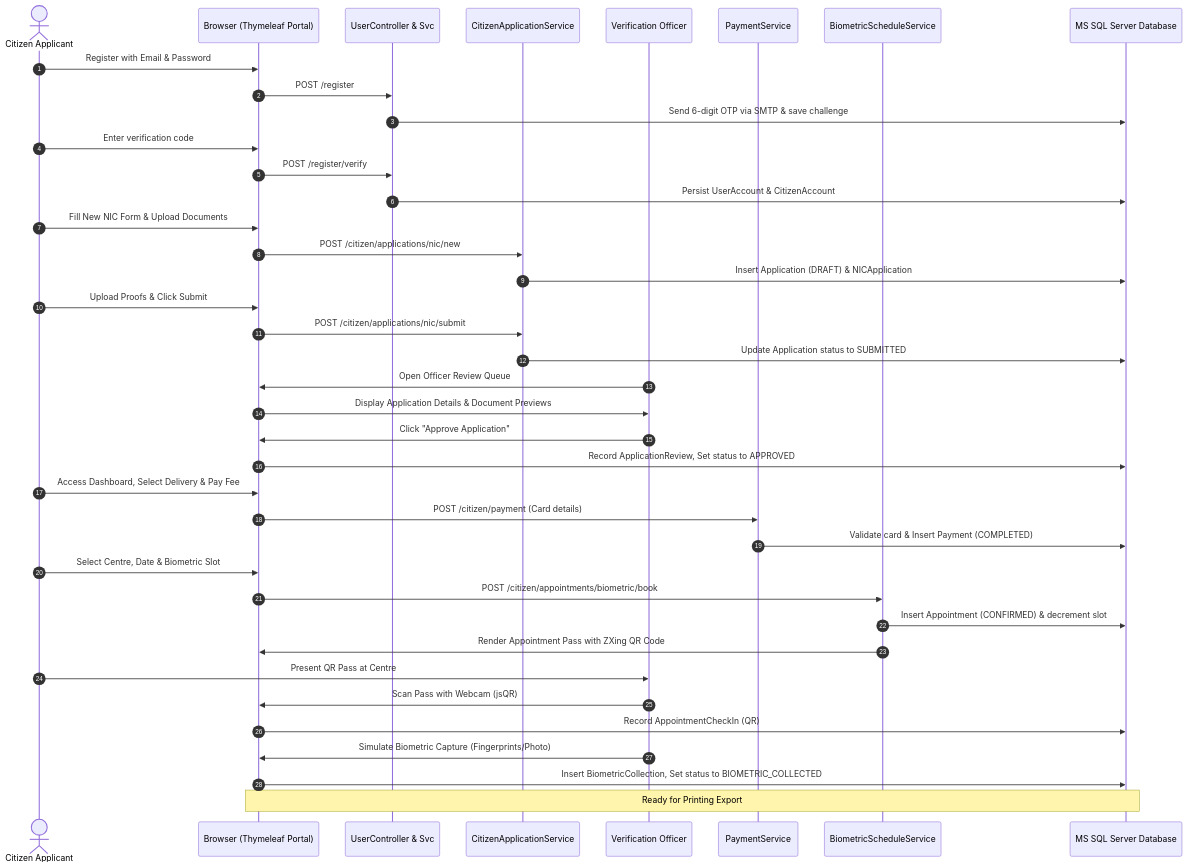
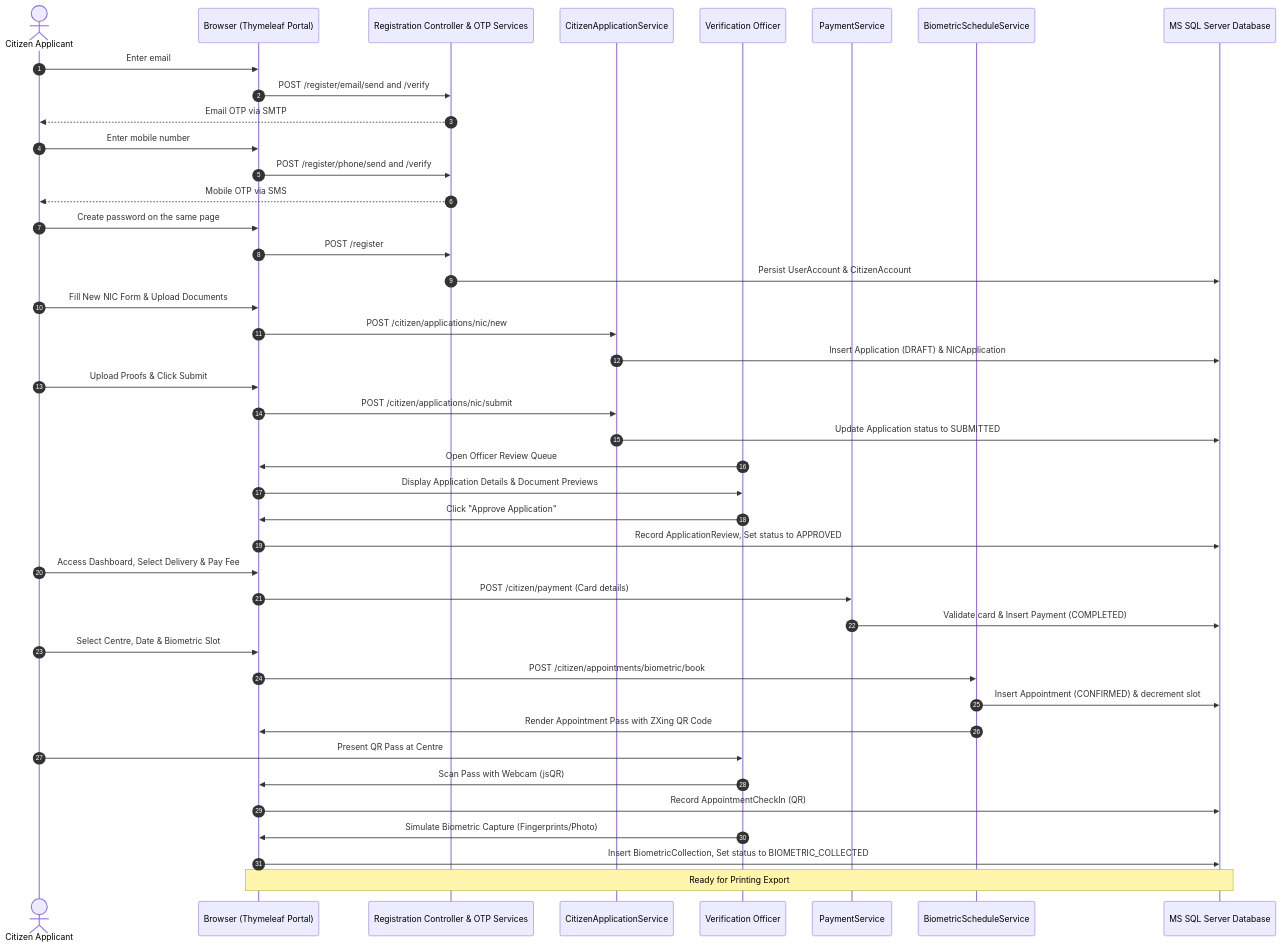
The second of 11 diagrams in README.md (IT25101235/LankaID), drawn with Mermaid before and after one commit. The commit also changed other lines of this file and 25 other files, not shown here.

````diff
--- a/README.md
+++ b/README.md
@@ -352,48 +352,51 @@
 ```mermaid
 sequenceDiagram
     autonumber
     actor Citizen as Citizen Applicant
     participant UI as Browser (Thymeleaf Portal)
-    participant Auth as UserController & Svc
+    participant Auth as Registration Controller & OTP Services
     participant AppSvc as CitizenApplicationService
     participant Officer as Verification Officer
     participant PaySvc as PaymentService
     participant Sched as BiometricScheduleService
     participant DB as MS SQL Server Database
 
-    Citizen->>UI: Register with Email & Password
+    Citizen->>UI: Enter email
+    UI->>Auth: POST /register/email/send and /verify
+    Auth-->>Citizen: Email OTP via SMTP
+    Citizen->>UI: Enter mobile number
+    UI->>Auth: POST /register/phone/send and /verify
+    Auth-->>Citizen: Mobile OTP via SMS
+    Citizen->>UI: Create password on the same page
     UI->>Auth: POST /register
-    Auth->>DB: Send 6-digit OTP via SMTP & save challenge
-    Citizen->>UI: Enter verification code
-    UI->>Auth: POST /register/verify
     Auth->>DB: Persist UserAccount & CitizenAccount
     
     Citizen->>UI: Fill New NIC Form & Upload Documents
     UI->>AppSvc: POST /citizen/applications/nic/new
     AppSvc->>DB: Insert Application (DRAFT) & NICApplication
     Citizen->>UI: Upload Proofs & Click Submit
     UI->>AppSvc: POST /citizen/applications/nic/submit
     AppSvc->>DB: Update Application status to SUBMITTED
     
     Officer->>UI: Open Officer Review Queue
     UI->>Officer: Display Application Details & Document Previews
     Officer->>UI: Click "Approve Application"
     UI->>DB: Record ApplicationReview, Set status to APPROVED
     
     Citizen->>UI: Access Dashboard, Select Delivery & Pay Fee
     UI->>PaySvc: POST /citizen/payment (Card details)
     PaySvc->>DB: Validate card & Insert Payment (COMPLETED)
     
     Citizen->>UI: Select Centre, Date & Biometric Slot
     UI->>Sched: POST /citizen/appointments/biometric/book
     Sched->>DB: Insert Appointment (CONFIRMED) & decrement slot
     Sched->>UI: Render Appointment Pass with ZXing QR Code
     
     Citizen->>Officer: Present QR Pass at Centre
     Officer->>UI: Scan Pass with Webcam (jsQR)
     UI->>DB: Record AppointmentCheckIn (QR)
     Officer->>UI: Simulate Biometric Capture (Fingerprints/Photo)
     UI->>DB: Insert BiometricCollection, Set status to BIOMETRIC_COLLECTED
     
     Note over DB,UI: Ready for Printing Export
 ```
````
